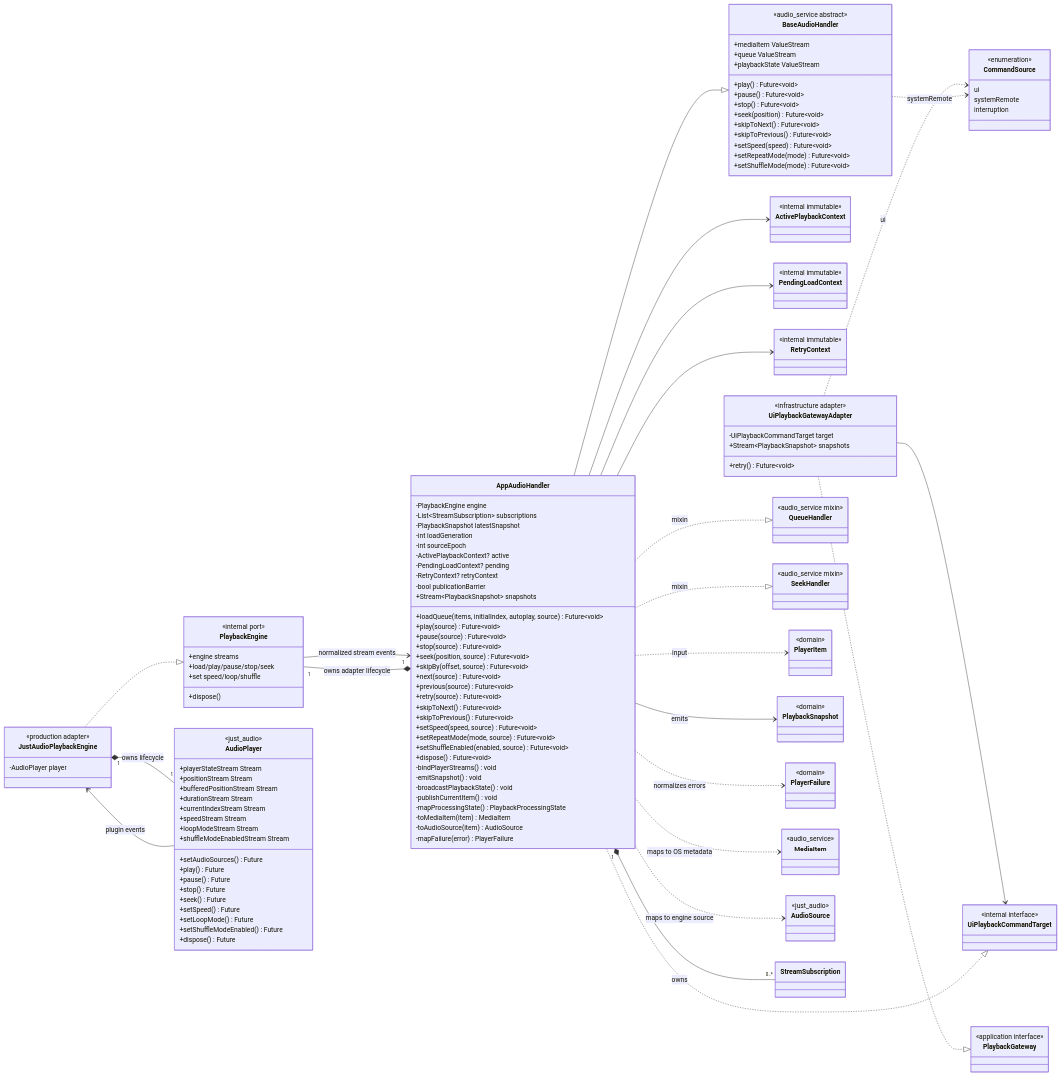
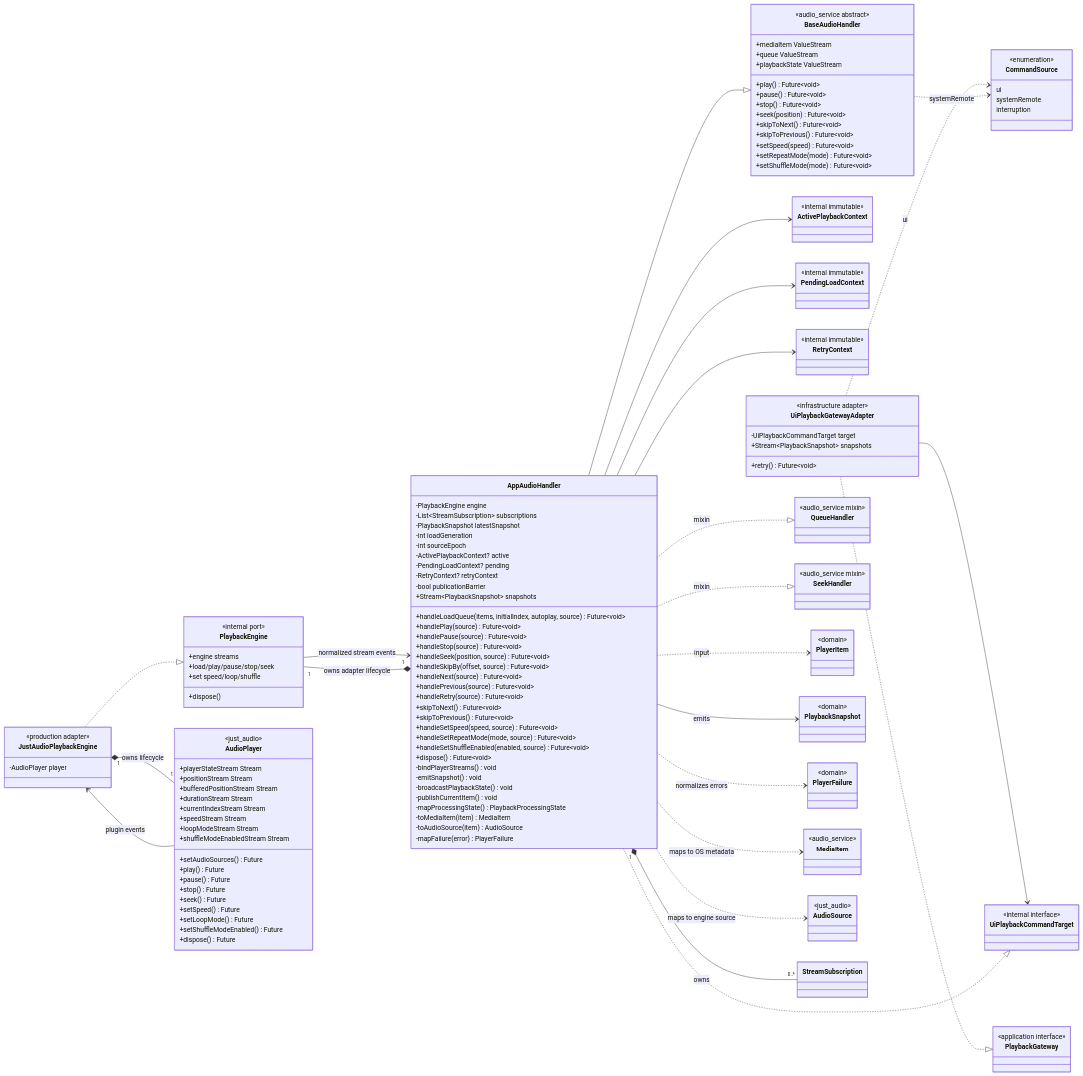
Before and after one commit to ViUniverse/ViListen: the sixth of 10 diagrams in docs/player-class-diagram.md, drawn with Mermaid. The commit also changed other lines of this file and 8 other files, not shown here.

```diff
--- a/docs/player-class-diagram.md
+++ b/docs/player-class-diagram.md
@@ -830,20 +830,20 @@
   -RetryContext? retryContext
   -bool publicationBarrier
   +Stream~PlaybackSnapshot~ snapshots
-  +loadQueue(items, initialIndex, autoplay, source) Future~void~
-  +play(source) Future~void~
-  +pause(source) Future~void~
-  +stop(source) Future~void~
-  +seek(position, source) Future~void~
-  +skipBy(offset, source) Future~void~
-  +next(source) Future~void~
-  +previous(source) Future~void~
-  +retry(source) Future~void~
+  +handleLoadQueue(items, initialIndex, autoplay, source) Future~void~
+  +handlePlay(source) Future~void~
+  +handlePause(source) Future~void~
+  +handleStop(source) Future~void~
+  +handleSeek(position, source) Future~void~
+  +handleSkipBy(offset, source) Future~void~
+  +handleNext(source) Future~void~
+  +handlePrevious(source) Future~void~
+  +handleRetry(source) Future~void~
   +skipToNext() Future~void~
   +skipToPrevious() Future~void~
-  +setSpeed(speed, source) Future~void~
-  +setRepeatMode(mode, source) Future~void~
-  +setShuffleEnabled(enabled, source) Future~void~
+  +handleSetSpeed(speed, source) Future~void~
+  +handleSetRepeatMode(mode, source) Future~void~
+  +handleSetShuffleEnabled(enabled, source) Future~void~
   +dispose() Future~void~
   -bindPlayerStreams() void
   -emitSnapshot() void
```
